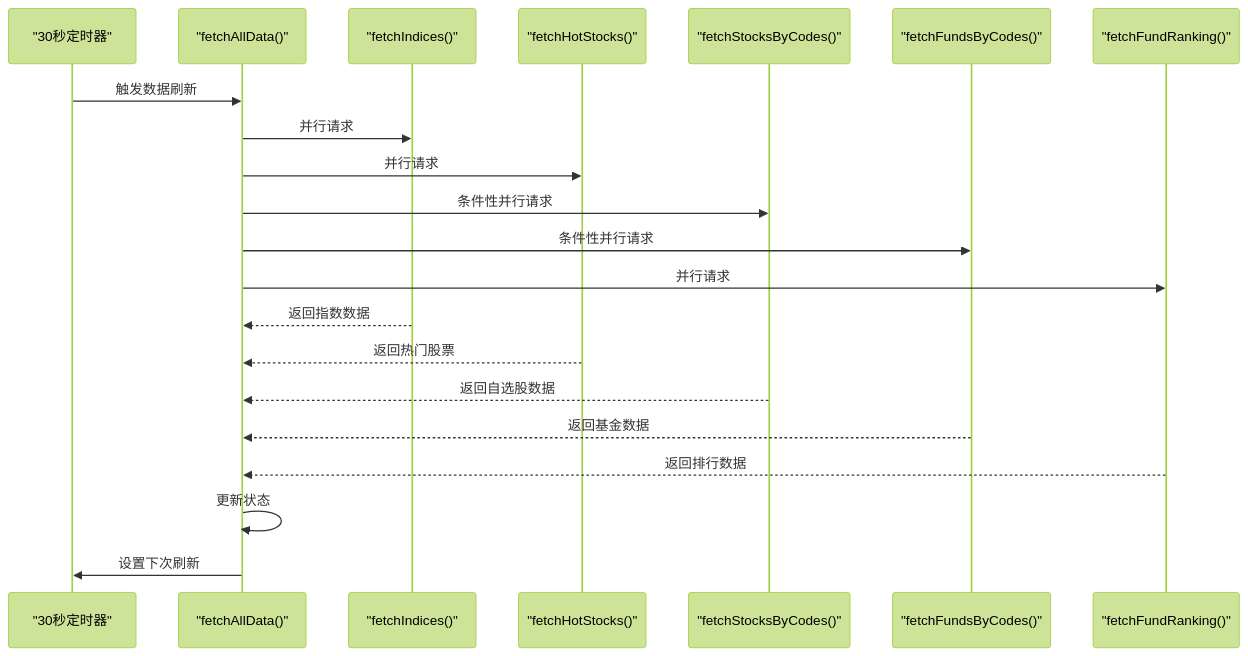
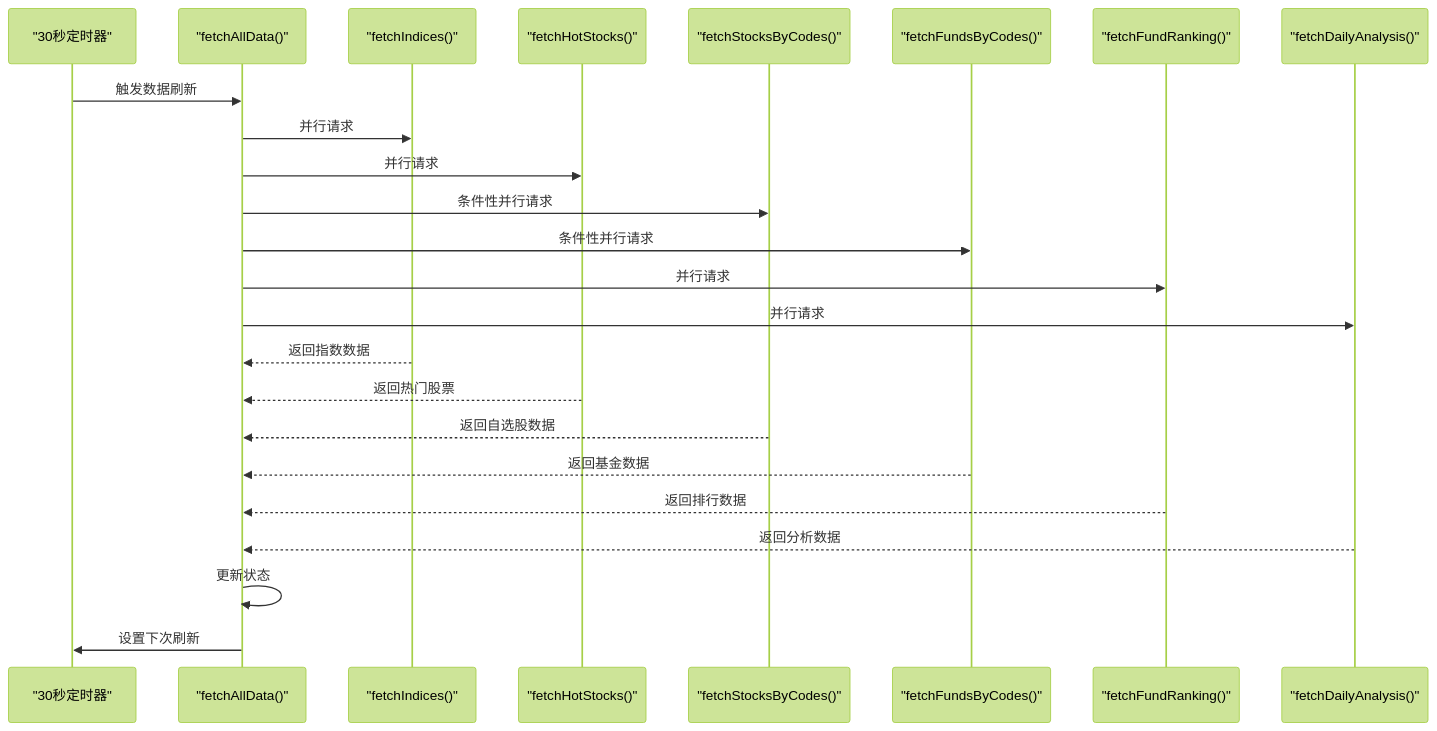
The second of 17 diagrams in .qoder/repowiki/zh/content/核心组件系统/LiveDashboard 主面板组件.md (Neveryu/react-fund), drawn with Mermaid (forest theme) before and after one commit. The commit also changed other lines of this file and 15 other files, not shown here.

````diff
--- a/.qoder/repowiki/zh/content/核心组件系统/LiveDashboard 主面板组件.md
+++ b/.qoder/repowiki/zh/content/核心组件系统/LiveDashboard 主面板组件.md
@@ -106,23 +124,26 @@
 ```mermaid
 sequenceDiagram
 participant Timer as "30秒定时器"
 participant Fetch as "fetchAllData()"
 participant Indices as "fetchIndices()"
 participant Stocks as "fetchHotStocks()"
 participant Watchlist as "fetchStocksByCodes()"
 participant Funds as "fetchFundsByCodes()"
 participant Ranking as "fetchFundRanking()"
+participant Daily as "fetchDailyAnalysis()"
 Timer->>Fetch : 触发数据刷新
 Fetch->>Indices : 并行请求
 Fetch->>Stocks : 并行请求
 Fetch->>Watchlist : 条件性并行请求
 Fetch->>Funds : 条件性并行请求
 Fetch->>Ranking : 并行请求
+Fetch->>Daily : 并行请求
 Indices-->>Fetch : 返回指数数据
 Stocks-->>Fetch : 返回热门股票
 Watchlist-->>Fetch : 返回自选股数据
 Funds-->>Fetch : 返回基金数据
 Ranking-->>Fetch : 返回排行数据
+Daily-->>Fetch : 返回分析数据
 Fetch->>Fetch : 更新状态
 Fetch->>Timer : 设置下次刷新
 ```
````
